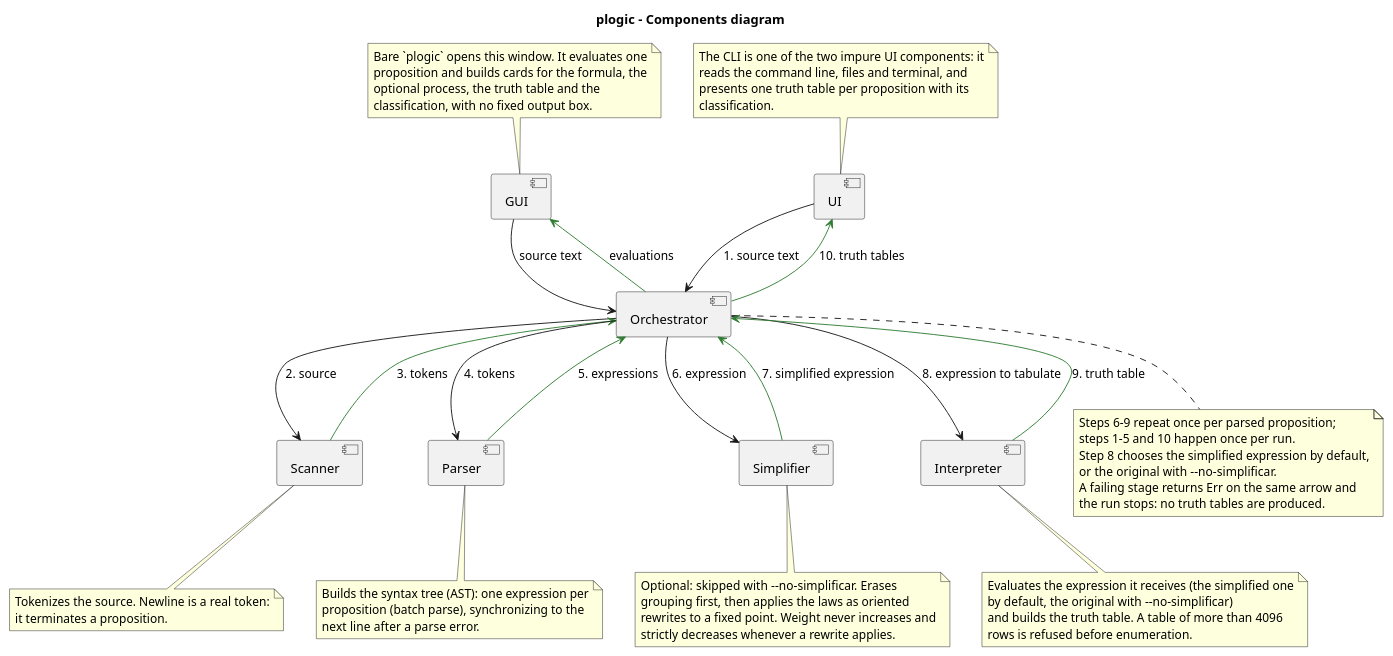
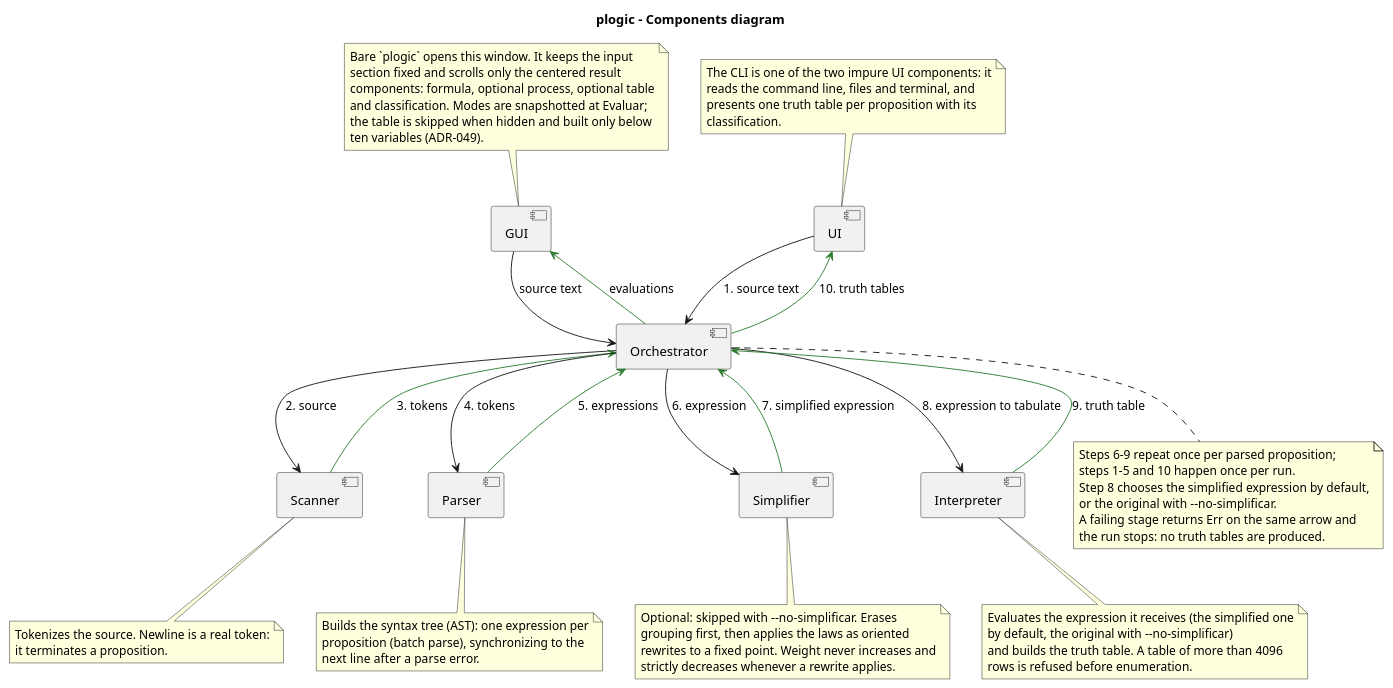
Before and after one commit to Josgtg/plogic: the diagram in design/diagrams/components_diagram.puml, drawn with PlantUML. The commit also changed 9 other files, not shown here.

```diff
--- a/design/diagrams/components_diagram.puml
+++ b/design/diagrams/components_diagram.puml
@@ -1,82 +1,84 @@
 @startuml components_diagram
 title plogic - Components diagram
 
 component "UI" as UI
 component "GUI" as GUI
 component "Orchestrator" as Orchestrator
 component "Scanner" as Scanner
 component "Parser" as Parser
 component "Simplifier" as Simplifier
 component "Interpreter" as Interpreter
 
 note top of UI
   The CLI is one of the two impure UI components: it
   reads the command line, files and terminal, and
   presents one truth table per proposition with its
   classification.
 end note
 
 note top of GUI
-  Bare `plogic` opens this window. It evaluates one
-  proposition and builds cards for the formula, the
-  optional process, the truth table and the
-  classification, with no fixed output box.
+  Bare `plogic` opens this window. It keeps the input
+  section fixed and scrolls only the centered result
+  components: formula, optional process, optional table
+  and classification. Modes are snapshotted at Evaluar;
+  the table is skipped when hidden and built only below
+  ten variables (ADR-049).
 end note
 
 note bottom of Scanner
   Tokenizes the source. Newline is a real token:
   it terminates a proposition.
 end note
 
 note bottom of Parser
   Builds the syntax tree (AST): one expression per
   proposition (batch parse), synchronizing to the
   next line after a parse error.
 end note
 
 note bottom of Simplifier
   Optional: skipped with --no-simplificar. Erases
   grouping first, then applies the laws as oriented
   rewrites to a fixed point. Weight never increases and
   strictly decreases whenever a rewrite applies.
 end note
 
 note bottom of Interpreter
   Evaluates the expression it receives (the simplified one
   by default, the original with --no-simplificar)
   and builds the truth table. A table of more than 4096
   rows is refused before enumeration.
 end note
 
 UI -down-> Orchestrator : 1. source text
 Orchestrator -up-> UI #2E7D32 : 10. truth tables
 
 GUI -down-> Orchestrator : source text
 Orchestrator -up-> GUI #2E7D32 : evaluations
 
 Orchestrator -down-> Scanner : 2. source
 Scanner -up-> Orchestrator #2E7D32 : 3. tokens
 
 Orchestrator -down-> Parser : 4. tokens
 Parser -up-> Orchestrator #2E7D32 : 5. expressions
 
 note bottom of Orchestrator
   Steps 6-9 repeat once per parsed proposition;
   steps 1-5 and 10 happen once per run.
   Step 8 chooses the simplified expression by default,
   or the original with --no-simplificar.
   A failing stage returns Err on the same arrow and
   the run stops: no truth tables are produced.
 end note
 
 Orchestrator -down-> Simplifier : 6. expression
 Simplifier -up-> Orchestrator #2E7D32 : 7. simplified expression
 
 Orchestrator -down-> Interpreter : 8. expression to tabulate
 Interpreter -up-> Orchestrator #2E7D32 : 9. truth table
 
 Scanner -[hidden]right- Parser
 Parser -[hidden]right- Simplifier
 Simplifier -[hidden]right- Interpreter
 
 @enduml
```
